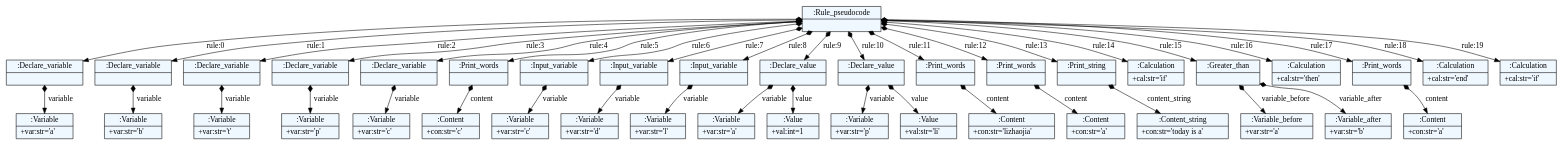
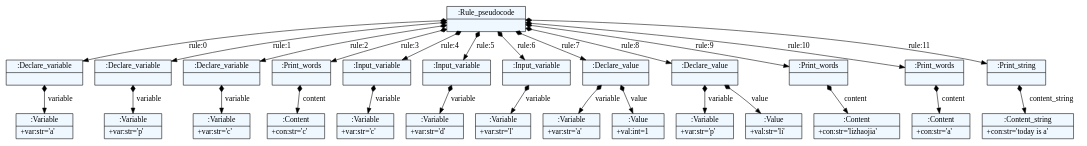
Before and after one commit to ZhaojiaLii/Project-de-fin-de-parcours: the diagram in demo.dot, drawn with Graphviz. The commit also changed 5 other files, not shown here.

```diff
--- a/demo.dot
+++ b/demo.dot
@@ -1,94 +1,68 @@
 
     digraph xtext {
     fontname = "Bitstream Vera Sans"
     fontsize = 8
     node[
         shape=record,
         style=filled,
         fillcolor=aliceblue
     ]
     nodesep = 0.3
     edge[dir=black,arrowtail=empty]
 
 
-2533890071016 -> 2533890069504 [label="rule:0" arrowtail=diamond dir=both]
-2533890069504 -> 2533890072192 [label="variable" arrowtail=diamond dir=both]
-2533890072192[label="{:Variable|+var:str='a'\l}"]
-2533890069504[label="{:Declare_variable|}"]
-2533890071016 -> 2533890069112 [label="rule:1" arrowtail=diamond dir=both]
-2533890069112 -> 2533890071408 [label="variable" arrowtail=diamond dir=both]
-2533890071408[label="{:Variable|+var:str='b'\l}"]
-2533890069112[label="{:Declare_variable|}"]
-2533890071016 -> 2533890071968 [label="rule:2" arrowtail=diamond dir=both]
-2533890071968 -> 2533890071184 [label="variable" arrowtail=diamond dir=both]
-2533890071184[label="{:Variable|+var:str='t'\l}"]
-2533890071968[label="{:Declare_variable|}"]
-2533890071016 -> 2533890070624 [label="rule:3" arrowtail=diamond dir=both]
-2533890070624 -> 2533890070400 [label="variable" arrowtail=diamond dir=both]
-2533890070400[label="{:Variable|+var:str='p'\l}"]
-2533890070624[label="{:Declare_variable|}"]
-2533890071016 -> 2533890069840 [label="rule:4" arrowtail=diamond dir=both]
-2533890069840 -> 2533889985672 [label="variable" arrowtail=diamond dir=both]
-2533889985672[label="{:Variable|+var:str='c'\l}"]
-2533890069840[label="{:Declare_variable|}"]
-2533890071016 -> 2533890068552 [label="rule:5" arrowtail=diamond dir=both]
-2533890068552 -> 2533889984832 [label="content" arrowtail=diamond dir=both]
-2533889984832[label="{:Content|+con:str='c'\l}"]
-2533890068552[label="{:Print_words|}"]
-2533890071016 -> 2533889986232 [label="rule:6" arrowtail=diamond dir=both]
-2533889986232 -> 2533889985560 [label="variable" arrowtail=diamond dir=both]
-2533889985560[label="{:Variable|+var:str='c'\l}"]
-2533889986232[label="{:Input_variable|}"]
-2533890071016 -> 2533889984104 [label="rule:7" arrowtail=diamond dir=both]
-2533889984104 -> 2533890033704 [label="variable" arrowtail=diamond dir=both]
-2533890033704[label="{:Variable|+var:str='d'\l}"]
-2533889984104[label="{:Input_variable|}"]
-2533890071016 -> 2533889600200 [label="rule:8" arrowtail=diamond dir=both]
-2533889600200 -> 2533890034656 [label="variable" arrowtail=diamond dir=both]
-2533890034656[label="{:Variable|+var:str='l'\l}"]
-2533889600200[label="{:Input_variable|}"]
-2533890071016 -> 2533890034880 [label="rule:9" arrowtail=diamond dir=both]
-2533890034880 -> 2533890034096 [label="variable" arrowtail=diamond dir=both]
-2533890034096[label="{:Variable|+var:str='a'\l}"]
-2533890034880 -> 2533890031912 [label="value" arrowtail=diamond dir=both]
-2533890031912[label="{:Value|+val:int=1\l}"]
-2533890034880[label="{:Declare_value|}"]
-2533890071016 -> 2533890033088 [label="rule:10" arrowtail=diamond dir=both]
-2533890033088 -> 2533890033480 [label="variable" arrowtail=diamond dir=both]
-2533890033480[label="{:Variable|+var:str='p'\l}"]
-2533890033088 -> 2533890033760 [label="value" arrowtail=diamond dir=both]
-2533890033760[label="{:Value|+val:str='li'\l}"]
-2533890033088[label="{:Declare_value|}"]
-2533890071016 -> 2533890032304 [label="rule:11" arrowtail=diamond dir=both]
-2533890032304 -> 2533890035272 [label="content" arrowtail=diamond dir=both]
-2533890035272[label="{:Content|+con:str='lizhaojia'\l}"]
-2533890032304[label="{:Print_words|}"]
-2533890071016 -> 2533890032360 [label="rule:12" arrowtail=diamond dir=both]
-2533890032360 -> 2533890034208 [label="content" arrowtail=diamond dir=both]
-2533890034208[label="{:Content|+con:str='a'\l}"]
-2533890032360[label="{:Print_words|}"]
-2533890071016 -> 2533890033144 [label="rule:13" arrowtail=diamond dir=both]
-2533890033144 -> 2533890032976 [label="content_string" arrowtail=diamond dir=both]
-2533890032976[label="{:Content_string|+con:str='today is a'\l}"]
-2533890033144[label="{:Print_string|}"]
-2533890071016 -> 2533890032416 [label="rule:14" arrowtail=diamond dir=both]
-2533890032416[label="{:Calculation|+cal:str='if'\l}"]
-2533890071016 -> 2533890099688 [label="rule:15" arrowtail=diamond dir=both]
-2533890099688 -> 2533890100024 [label="variable_before" arrowtail=diamond dir=both]
-2533890100024[label="{:Variable_before|+var:str='a'\l}"]
-2533890099688 -> 2533890100864 [label="variable_after" arrowtail=diamond dir=both]
-2533890100864[label="{:Variable_after|+var:str='b'\l}"]
-2533890099688[label="{:Greater_than|}"]
-2533890071016 -> 2533890099464 [label="rule:16" arrowtail=diamond dir=both]
-2533890099464[label="{:Calculation|+cal:str='then'\l}"]
-2533890071016 -> 2533890098176 [label="rule:17" arrowtail=diamond dir=both]
-2533890098176 -> 2533890097392 [label="content" arrowtail=diamond dir=both]
-2533890097392[label="{:Content|+con:str='a'\l}"]
-2533890098176[label="{:Print_words|}"]
-2533890071016 -> 2533890099128 [label="rule:18" arrowtail=diamond dir=both]
-2533890099128[label="{:Calculation|+cal:str='end'\l}"]
-2533890071016 -> 2533890097616 [label="rule:19" arrowtail=diamond dir=both]
-2533890097616[label="{:Calculation|+cal:str='if'\l}"]
-2533890071016[label="{:Rule_pseudocode|}"]
+1760785588064 -> 1760785584928 [label="rule:0" arrowtail=diamond dir=both]
+1760785584928 -> 1760785517088 [label="variable" arrowtail=diamond dir=both]
+1760785517088[label="{:Variable|+var:str='a'\l}"]
+1760785584928[label="{:Declare_variable|}"]
+1760785588064 -> 1760785584536 [label="rule:1" arrowtail=diamond dir=both]
+1760785584536 -> 1760785515856 [label="variable" arrowtail=diamond dir=both]
+1760785515856[label="{:Variable|+var:str='p'\l}"]
+1760785584536[label="{:Declare_variable|}"]
+1760785588064 -> 1760785517648 [label="rule:2" arrowtail=diamond dir=both]
+1760785517648 -> 1760785515800 [label="variable" arrowtail=diamond dir=both]
+1760785515800[label="{:Variable|+var:str='c'\l}"]
+1760785517648[label="{:Declare_variable|}"]
+1760785588064 -> 1760785518040 [label="rule:3" arrowtail=diamond dir=both]
+1760785518040 -> 1760785515744 [label="content" arrowtail=diamond dir=both]
+1760785515744[label="{:Content|+con:str='c'\l}"]
+1760785518040[label="{:Print_words|}"]
+1760785588064 -> 1760785515632 [label="rule:4" arrowtail=diamond dir=both]
+1760785515632 -> 1760785515576 [label="variable" arrowtail=diamond dir=both]
+1760785515576[label="{:Variable|+var:str='c'\l}"]
+1760785515632[label="{:Input_variable|}"]
+1760785588064 -> 1760785515520 [label="rule:5" arrowtail=diamond dir=both]
+1760785515520 -> 1760785559000 [label="variable" arrowtail=diamond dir=both]
+1760785559000[label="{:Variable|+var:str='d'\l}"]
+1760785515520[label="{:Input_variable|}"]
+1760785588064 -> 1760785515464 [label="rule:6" arrowtail=diamond dir=both]
+1760785515464 -> 1760785559392 [label="variable" arrowtail=diamond dir=both]
+1760785559392[label="{:Variable|+var:str='l'\l}"]
+1760785515464[label="{:Input_variable|}"]
+1760785588064 -> 1760785559336 [label="rule:7" arrowtail=diamond dir=both]
+1760785559336 -> 1760785559280 [label="variable" arrowtail=diamond dir=both]
+1760785559280[label="{:Variable|+var:str='a'\l}"]
+1760785559336 -> 1760785558832 [label="value" arrowtail=diamond dir=both]
+1760785558832[label="{:Value|+val:int=1\l}"]
+1760785559336[label="{:Declare_value|}"]
+1760785588064 -> 1760785559224 [label="rule:8" arrowtail=diamond dir=both]
+1760785559224 -> 1760785558720 [label="variable" arrowtail=diamond dir=both]
+1760785558720[label="{:Variable|+var:str='p'\l}"]
+1760785559224 -> 1760785558328 [label="value" arrowtail=diamond dir=both]
+1760785558328[label="{:Value|+val:str='li'\l}"]
+1760785559224[label="{:Declare_value|}"]
+1760785588064 -> 1760785559168 [label="rule:9" arrowtail=diamond dir=both]
+1760785559168 -> 1760785557544 [label="content" arrowtail=diamond dir=both]
+1760785557544[label="{:Content|+con:str='lizhaojia'\l}"]
+1760785559168[label="{:Print_words|}"]
+1760785588064 -> 1760785558776 [label="rule:10" arrowtail=diamond dir=both]
+1760785558776 -> 1760785557824 [label="content" arrowtail=diamond dir=both]
+1760785557824[label="{:Content|+con:str='a'\l}"]
+1760785558776[label="{:Print_words|}"]
+1760785588064 -> 1760785557152 [label="rule:11" arrowtail=diamond dir=both]
+1760785557152 -> 1760785556536 [label="content_string" arrowtail=diamond dir=both]
+1760785556536[label="{:Content_string|+con:str='today is a'\l}"]
+1760785557152[label="{:Print_string|}"]
+1760785588064[label="{:Rule_pseudocode|}"]
 
 }
```
